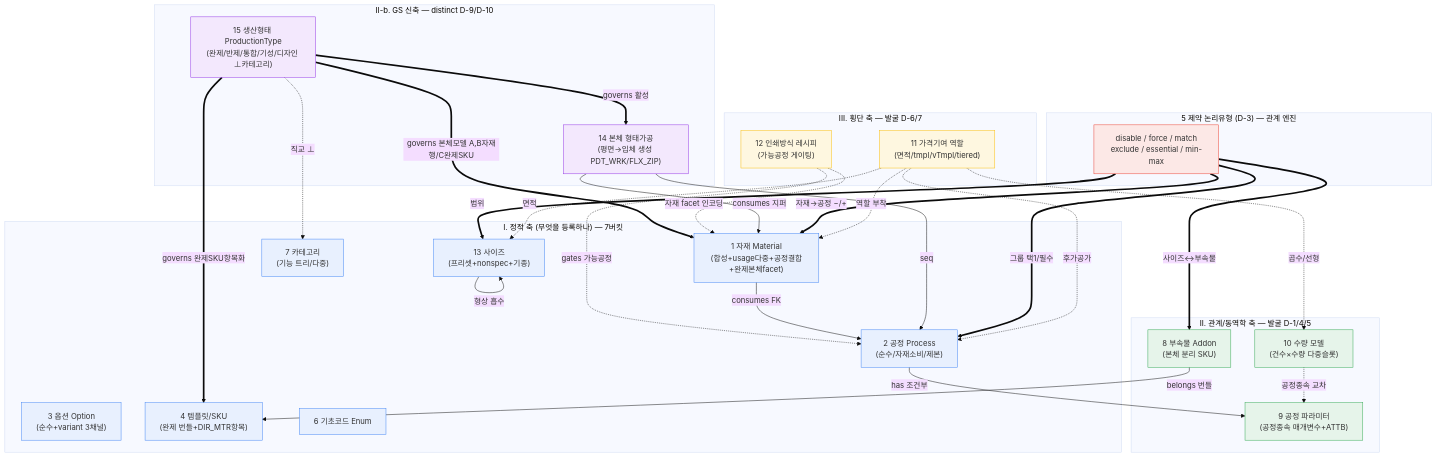
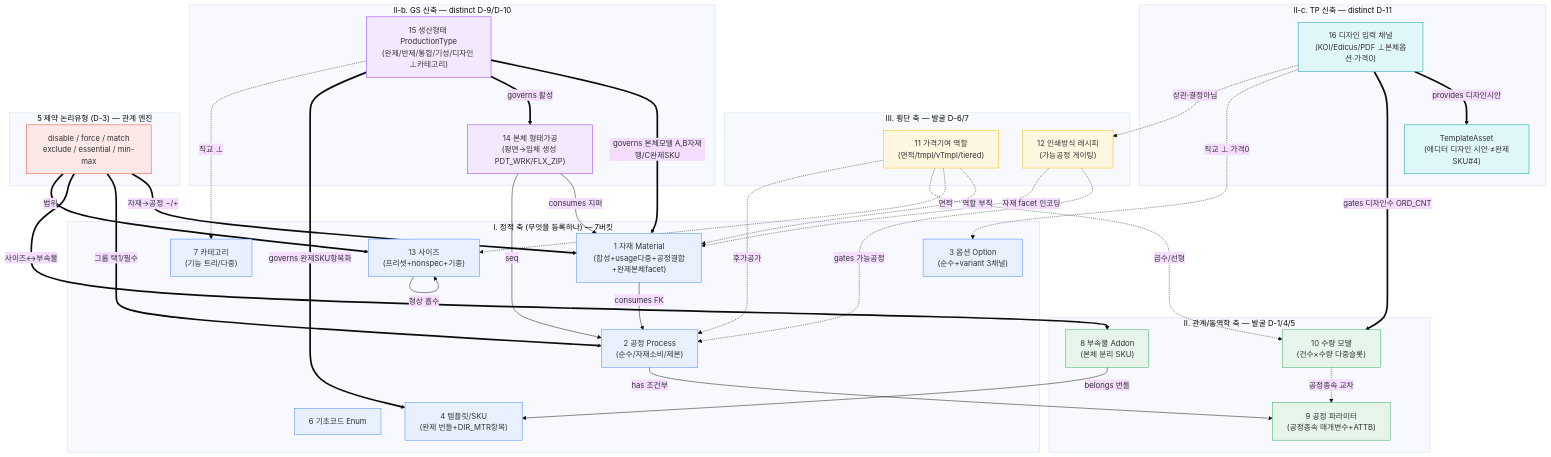
The second of 3 diagrams in _workspace/huni-rpmeta/02_metamodel/metamodel-erd.md (skeeper75/HuniWeb), drawn with Mermaid (base theme) before and after one commit. The commit also changed other lines of this file and 26 other files, not shown here.

````diff
--- a/_workspace/huni-rpmeta/02_metamodel/metamodel-erd.md
+++ b/_workspace/huni-rpmeta/02_metamodel/metamodel-erd.md
@@ -155,68 +175,80 @@
 ```mermaid
 graph TB
     subgraph STATIC["I. 정적 축 (무엇을 등록하나) — 7버킷"]
         MAT["1 자재 Material<br/>(합성+usage다중+공정결합+완제본체facet)"]
         PROC["2 공정 Process<br/>(순수/자재소비/제본)"]
         OPT["3 옵션 Option<br/>(순수+variant 3채널)"]
         TMPL["4 템플릿/SKU<br/>(완제 번들+DIR_MTR항목)"]
         BASE["6 기초코드 Enum"]
         CAT["7 카테고리<br/>(기능 트리/다중)"]
         SIZE["13 사이즈<br/>(프리셋+nonspec+기종)"]
     end
 
     subgraph DYN["II. 관계/동역학 축 — 발굴 D-1/4/5"]
         ADDON["8 부속물 Addon<br/>(본체 분리 SKU)"]
         PARAM["9 공정 파라미터<br/>(공정종속 매개변수+ATTB)"]
         QTY["10 수량 모델<br/>(건수×수량 다중슬롯)"]
     end
 
     subgraph CROSS["III. 횡단 축 — 발굴 D-6/7"]
         PRICE["11 가격기여 역할<br/>(면적/tmpl/vTmpl/tiered)"]
         METHOD["12 인쇄방식 레시피<br/>(가능공정 게이팅)"]
     end
 
     subgraph GSNEW["II-b. GS 신축 — distinct D-9/D-10"]
         PTYPE["15 생산형태 ProductionType<br/>(완제/반제/통합/기성/디자인 ⊥카테고리)"]
         FORM["14 본체 형태가공<br/>(평면→입체 생성 PDT_WRK/FLX_ZIP)"]
     end
 
+    subgraph TPNEW["II-c. TP 신축 — distinct D-11"]
+        DICH["16 디자인 입력 채널<br/>(KOI/Edicus/PDF ⊥본체옵션·가격0)"]
+        TASSET["TemplateAsset<br/>(에디터 디자인 시안·≠완제SKU#4)"]
+    end
+
     subgraph ENGINE["5 제약 논리유형 (D-3) — 관계 엔진"]
         C["disable / force / match<br/>exclude / essential / min-max"]
     end
 
     PTYPE ==>|governs 본체모델 A,B자재행/C완제SKU| MAT
     PTYPE ==>|governs 활성| FORM
     PTYPE ==>|governs 완제SKU항목화| TMPL
     PTYPE -.->|직교 ⊥| CAT
+
+    DICH ==>|provides 디자인시안| TASSET
+    DICH ==>|gates 디자인수 ORD_CNT| QTY
+    DICH -.->|직교 ⊥ 가격0| OPT
+    DICH -.->|상관·결정아님| METHOD
 
     METHOD -.->|gates 가능공정| PROC
     METHOD -.->|자재 facet 인코딩| MAT
     MAT -->|consumes FK| PROC
     FORM -->|consumes 지퍼| MAT
     FORM -->|seq| PROC
     PROC -->|has 조건부| PARAM
     ADDON -->|belongs 번들| TMPL
     QTY -.->|공정종속 교차| PARAM
     SIZE -->|형상 흡수| SIZE
 
     C ==>|자재→공정 −/+| MAT
     C ==>|그룹 택1/필수| PROC
     C ==>|사이즈↔부속물| ADDON
     C ==>|범위| SIZE
 
     PRICE -.->|역할 부착| MAT
     PRICE -.->|면적| SIZE
     PRICE -.->|곱수/선형| QTY
     PRICE -.->|후가공가| PROC
 
     classDef static fill:#e8f0fe,stroke:#4285f4
     classDef dyn fill:#e6f4ea,stroke:#34a853
     classDef cross fill:#fef7e0,stroke:#fbbc04
     classDef engine fill:#fce8e6,stroke:#ea4335
     classDef gsnew fill:#f3e8fd,stroke:#9334e6
+    classDef tpnew fill:#e0f7fa,stroke:#0097a7
     class MAT,PROC,OPT,TMPL,BASE,CAT,SIZE static
     class ADDON,PARAM,QTY dyn
     class PRICE,METHOD cross
     class C engine
     class PTYPE,FORM gsnew
+    class DICH,TASSET tpnew
 ```
````
